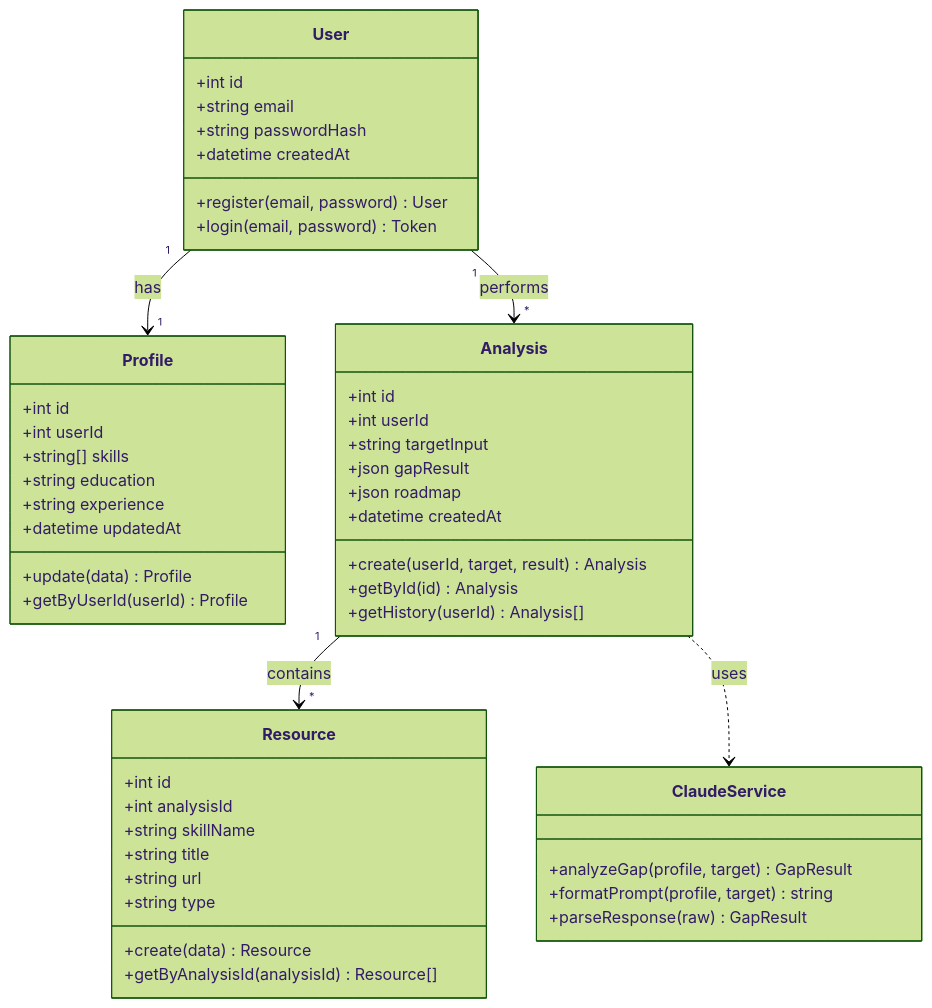
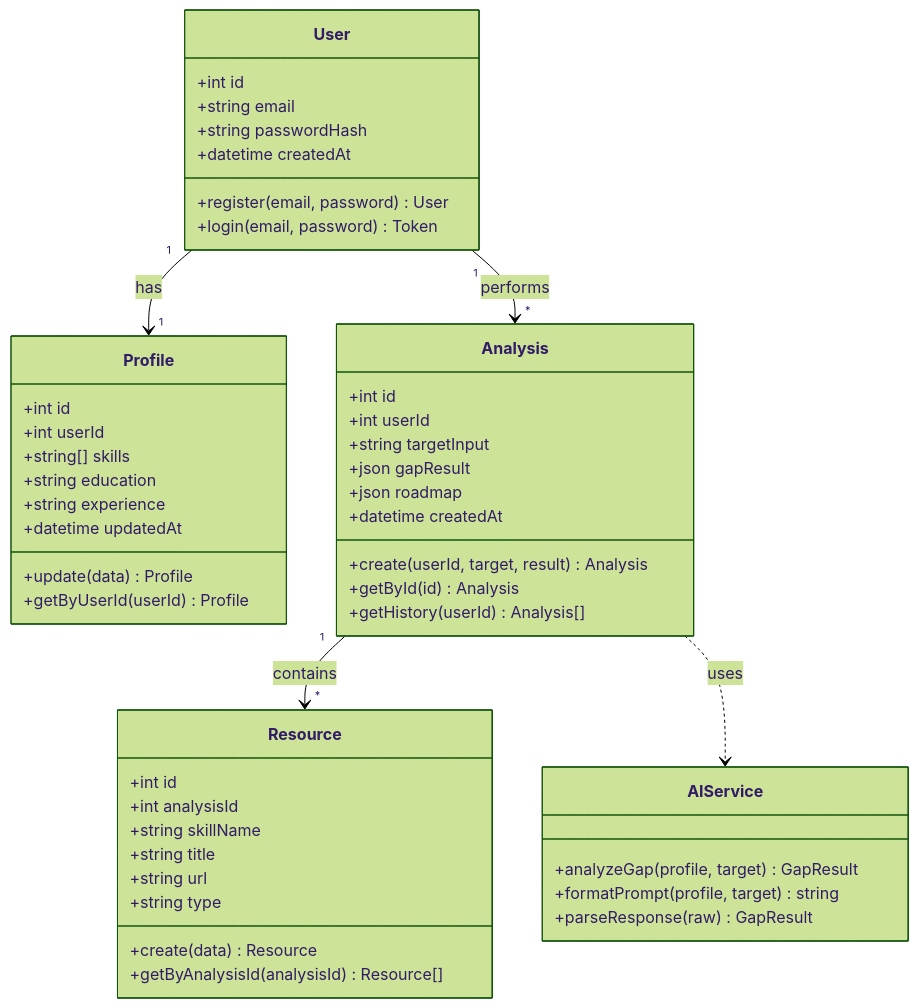
Before and after one commit to lucasscianna/SkillMap: the second of 6 diagrams in README.md, drawn with Mermaid (forest theme). The commit also changed other lines of this file and 9 other files, not shown here.

````diff
--- a/README.md
+++ b/README.md
@@ -228,56 +228,56 @@
 ```mermaid
 classDiagram
     class User {
         +int id
         +string email
         +string passwordHash
         +datetime createdAt
         +register(email, password) User
         +login(email, password) Token
     }
 
     class Profile {
         +int id
         +int userId
         +string[] skills
         +string education
         +string experience
         +datetime updatedAt
         +update(data) Profile
         +getByUserId(userId) Profile
     }
 
     class Analysis {
         +int id
         +int userId
         +string targetInput
         +json gapResult
         +json roadmap
         +datetime createdAt
         +create(userId, target, result) Analysis
         +getById(id) Analysis
         +getHistory(userId) Analysis[]
     }
 
     class Resource {
         +int id
         +int analysisId
         +string skillName
         +string title
         +string url
         +string type
         +create(data) Resource
         +getByAnalysisId(analysisId) Resource[]
     }
 
-    class ClaudeService {
+    class AIService {
         +analyzeGap(profile, target) GapResult
         +formatPrompt(profile, target) string
         +parseResponse(raw) GapResult
     }
 
     User "1" --> "1" Profile : has
     User "1" --> "*" Analysis : performs
     Analysis "1" --> "*" Resource : contains
-    Analysis ..> ClaudeService : uses
+    Analysis ..> AIService : uses
 ```
````
